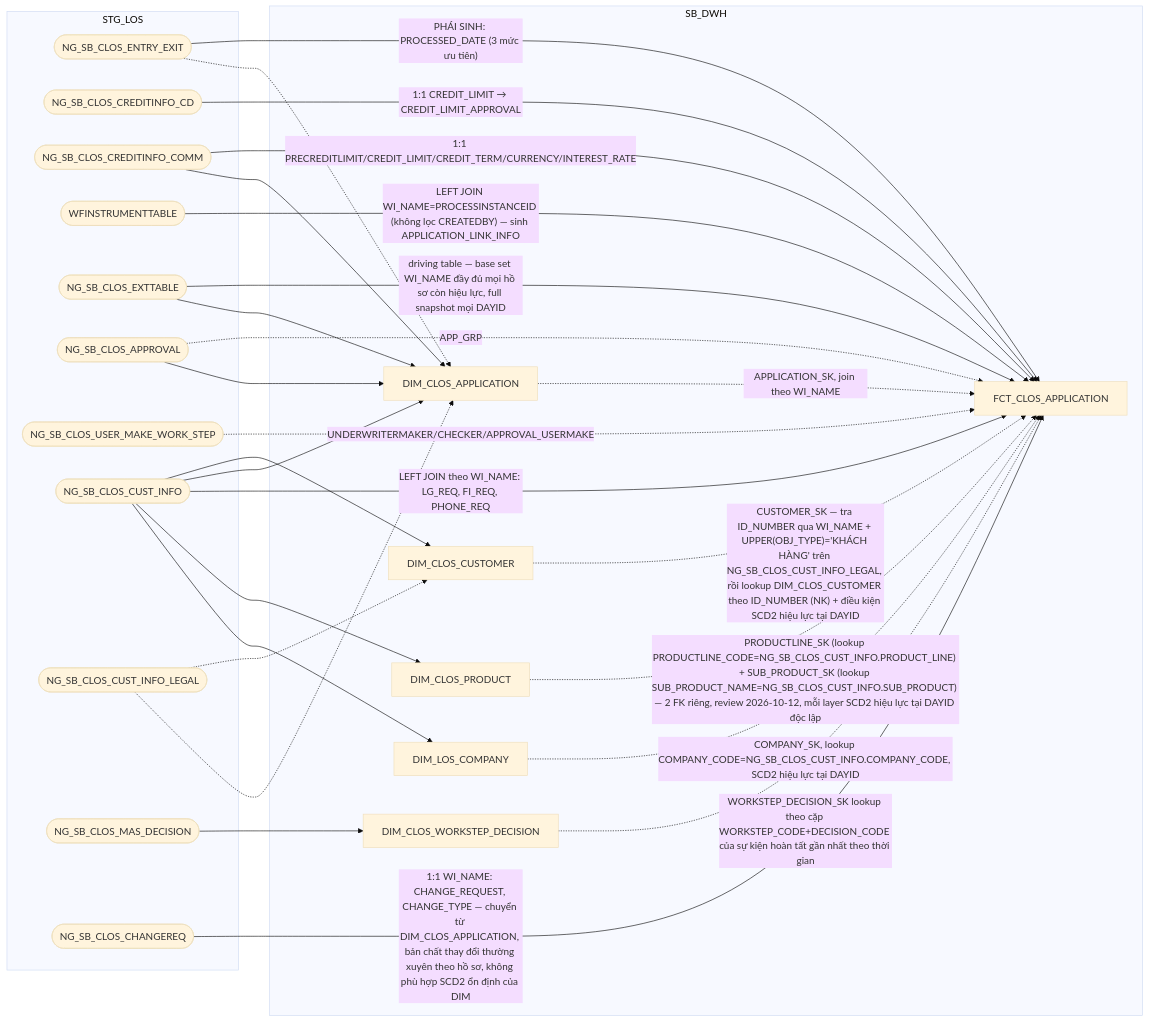
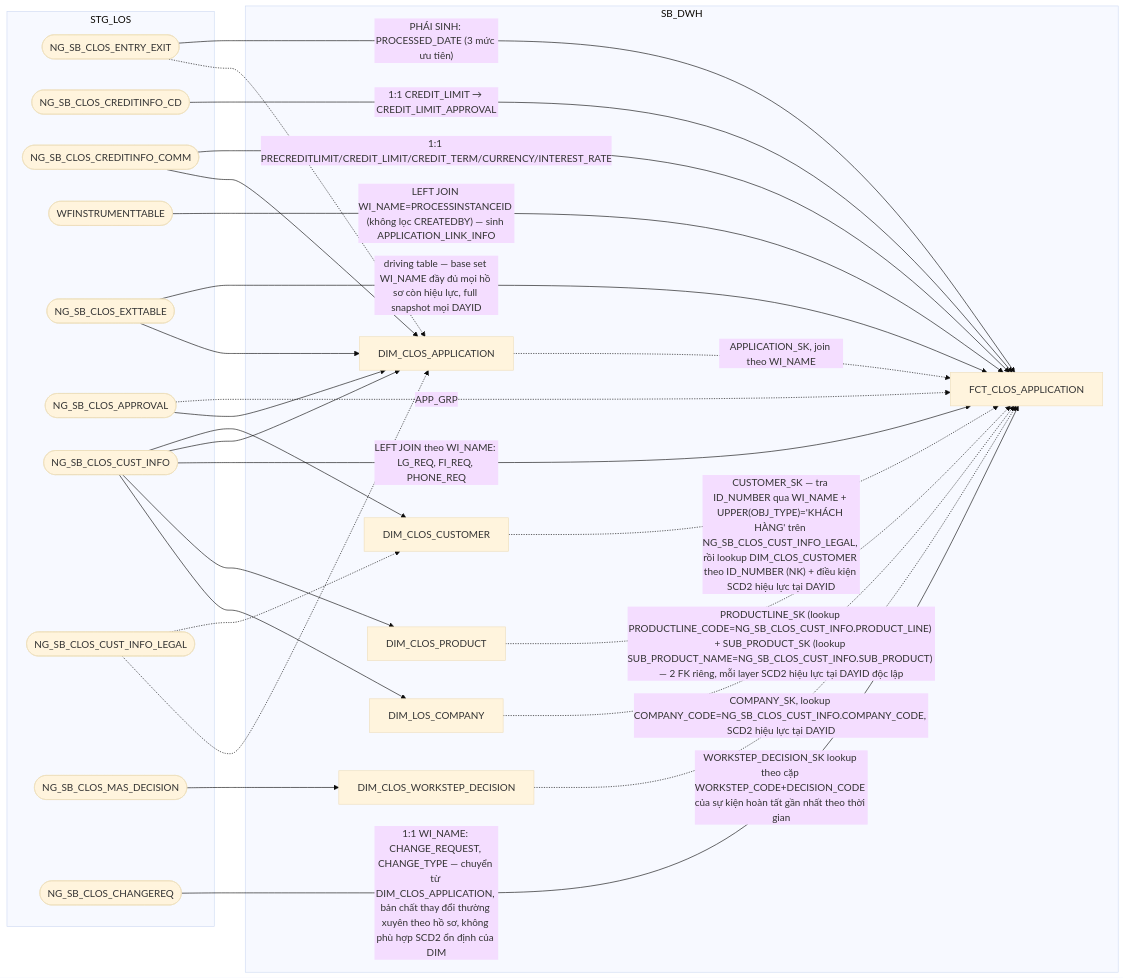
Before and after one commit to chien1198/sb-mapping-gen: the first of 14 diagrams in hld/hld_review/HLD_FCT_SB_DWH_review.md, drawn with Mermaid (base theme). The commit also changed other lines of this file and 160 other files, not shown here.

````diff
--- a/hld/hld_review/HLD_FCT_SB_DWH_review.md
+++ b/hld/hld_review/HLD_FCT_SB_DWH_review.md
@@ -24,49 +24,47 @@
 ```mermaid
 flowchart LR
     subgraph STG_LOS
         A(["NG_SB_CLOS_ENTRY_EXIT"])
         B(["NG_SB_CLOS_CREDITINFO_CD"])
         C(["NG_SB_CLOS_CREDITINFO_COMM"])
         D(["WFINSTRUMENTTABLE"])
         F(["NG_SB_CLOS_EXTTABLE"])
         G(["NG_SB_CLOS_APPROVAL"])
-        H(["NG_SB_CLOS_USER_MAKE_WORK_STEP"])
         M(["NG_SB_CLOS_CUST_INFO"])
         ML(["NG_SB_CLOS_CUST_INFO_LEGAL"])
         MW(["NG_SB_CLOS_MAS_DECISION"])
         K1(["NG_SB_CLOS_CHANGEREQ"])
     end
     subgraph SB_DWH
         K["DIM_CLOS_CUSTOMER"]
         WD["DIM_CLOS_WORKSTEP_DECISION"]
         PR["DIM_CLOS_PRODUCT"]
         OU["DIM_LOS_COMPANY"]
         AP["DIM_CLOS_APPLICATION"]
         E["FCT_CLOS_APPLICATION"]
     end
     A -->|"PHÁI SINH: PROCESSED_DATE (3 mức ưu tiên)"| E
     B -->|1:1 CREDIT_LIMIT → CREDIT_LIMIT_APPROVAL| E
     C -->|1:1 PRECREDITLIMIT/CREDIT_LIMIT/CREDIT_TERM/CURRENCY/INTEREST_RATE| E
     D -->|"LEFT JOIN WI_NAME=PROCESSINSTANCEID (không lọc CREATEDBY) — sinh APPLICATION_LINK_INFO"| E
     F -->|"driving table — base set WI_NAME đầy đủ mọi hồ sơ còn hiệu lực, full snapshot mọi DAYID"| E
     G -.->|"APP_GRP"| E
-    H -.->|"UNDERWRITERMAKER/CHECKER/APPROVAL_USERMAKE"| E
     K -.->|"CUSTOMER_SK — tra ID_NUMBER qua WI_NAME + UPPER(OBJ_TYPE)='KHÁCH HÀNG' trên NG_SB_CLOS_CUST_INFO_LEGAL, rồi lookup DIM_CLOS_CUSTOMER theo ID_NUMBER (NK) + điều kiện SCD2 hiệu lực tại DAYID"| E
     M --> K
     ML -.-> K
     MW --> WD
     WD -.->|"WORKSTEP_DECISION_SK lookup theo cặp WORKSTEP_CODE+DECISION_CODE của sự kiện hoàn tất gần nhất theo thời gian"| E
-    PR -.->|"PRODUCTLINE_SK (lookup PRODUCTLINE_CODE=NG_SB_CLOS_CUST_INFO.PRODUCT_LINE) + SUB_PRODUCT_SK (lookup SUB_PRODUCT_NAME=NG_SB_CLOS_CUST_INFO.SUB_PRODUCT) — 2 FK riêng, review 2026-10-12, mỗi layer SCD2 hiệu lực tại DAYID độc lập"| E
+    PR -.->|"PRODUCTLINE_SK (lookup PRODUCTLINE_CODE=NG_SB_CLOS_CUST_INFO.PRODUCT_LINE) + SUB_PRODUCT_SK (lookup SUB_PRODUCT_NAME=NG_SB_CLOS_CUST_INFO.SUB_PRODUCT) — 2 FK riêng, mỗi layer SCD2 hiệu lực tại DAYID độc lập"| E
     OU -.->|"COMPANY_SK, lookup COMPANY_CODE=NG_SB_CLOS_CUST_INFO.COMPANY_CODE, SCD2 hiệu lực tại DAYID"| E
     F --> AP
     M --> AP
     ML -.-> AP
     G --> AP
     A -.-> AP
     C --> AP
     AP -.->|"APPLICATION_SK, join theo WI_NAME"| E
     M -->|"LEFT JOIN theo WI_NAME: LG_REQ, FI_REQ, PHONE_REQ"| E
     M --> PR
     M --> OU
     K1 -->|"1:1 WI_NAME: CHANGE_REQUEST, CHANGE_TYPE — chuyển từ DIM_CLOS_APPLICATION, bản chất thay đổi thường xuyên theo hồ sơ, không phù hợp SCD2 ổn định của DIM"| E
 ```
````
